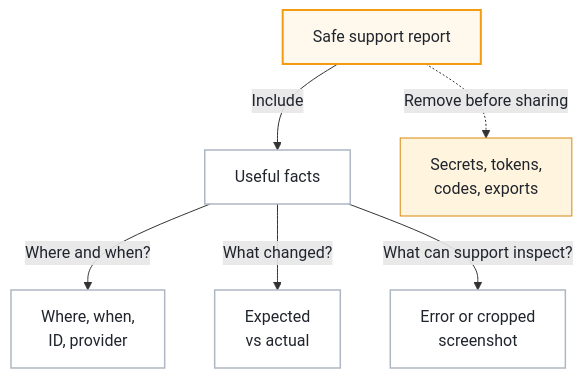
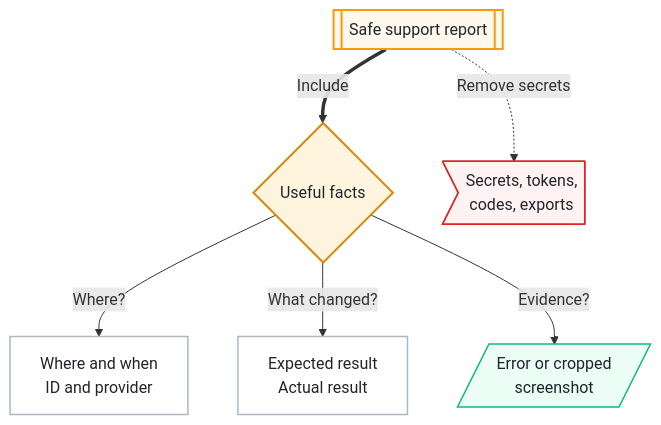
The diagram in docs/players/getting-help.md (ArkanisCorporation/CitizenId-docs), drawn with Mermaid before and after one commit. The commit also changed 8 other files, not shown here.

Commit message:
fix: normalize existing diagram parts

````diff
--- a/docs/players/getting-help.md
+++ b/docs/players/getting-help.md
@@ -17,22 +17,26 @@
 ```mermaid
 flowchart TD
-  report["Safe support report"]
-  useful["Useful facts"]
-  context["Where, when,<br/>ID, provider"]
-  outcome["Expected<br/>vs actual"]
-  safe["Error or cropped<br/>screenshot"]
-  private["Secrets, tokens,<br/>codes, exports"]
+  report[["Safe support report"]]
+  useful{"Useful facts"}
+  context["Where and when<br/>ID and provider"]
+  outcome["Expected result<br/>Actual result"]
+  safe[/Error or cropped<br/>screenshot/]
+  private>Secrets, tokens,<br/>codes, exports]
 
-  report -->|"Include"| useful
-  useful -->|"Where and when?"| context
+  report ==>|Include| useful
+  useful -->|"Where?"| context
   useful -->|"What changed?"| outcome
-  useful -->|"What can support inspect?"| safe
-  report -. "Remove before sharing" .-> private
+  useful -->|"Evidence?"| safe
+  report -. "Remove secrets" .-> private
 
-  classDef root fill:#fff8ec,stroke:#F39C12,color:#20242c,stroke-width:2px;
-  classDef detail fill:#ffffff,stroke:#aeb7c4,color:#20242c,stroke-width:1.5px;
-  classDef warning fill:#fff4dd,stroke:#d8890f,color:#20242c;
-  class report root;
-  class useful,context,outcome,safe detail;
-  class private warning;
+  classDef service fill:#fff8ec,stroke:#F39C12,color:#20242c,stroke-width:2px;
+  classDef decision fill:#fff4dd,stroke:#d8890f,color:#20242c,stroke-width:2px;
+  classDef action fill:#ffffff,stroke:#aeb7c4,color:#20242c,stroke-width:1.5px;
+  classDef data fill:#ecfdf5,stroke:#10b981,color:#20242c,stroke-width:1.5px;
+  classDef blocked fill:#fef2f2,stroke:#dc2626,color:#20242c,stroke-width:1.5px;
+  class report service;
+  class useful decision;
+  class context,outcome action;
+  class safe data;
+  class private blocked;
 ```
````
